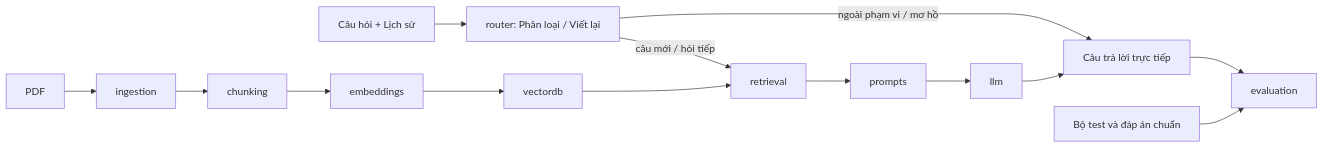
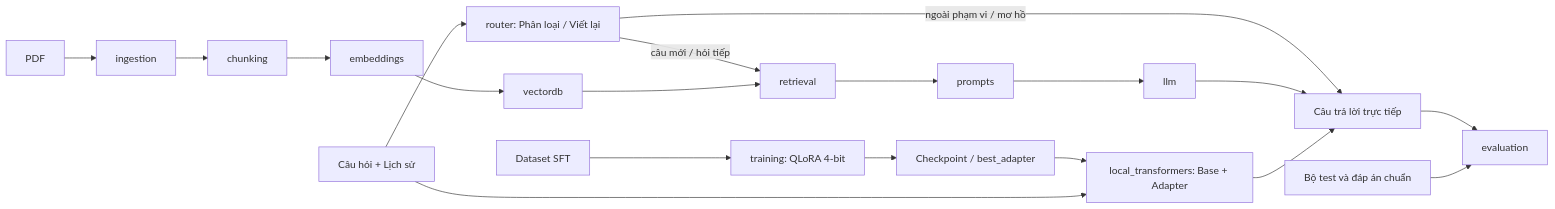
One commit to qtamtensor05/ViGovBot changed the diagram in docs/architecture/architecture.md. Above: the diagram before and after it, drawn with Mermaid. The commit also changed other lines of this file and 77 other files, not shown here.

````diff
--- a/docs/architecture/architecture.md
+++ b/docs/architecture/architecture.md
@@ -12,11 +12,15 @@
 ```mermaid
 flowchart LR
     PDF --> ingestion --> chunking --> embeddings --> vectordb
     question[Câu hỏi + Lịch sử] --> router[router: Phân loại / Viết lại]
     router -->|ngoài phạm vi / mơ hồ| answer[Câu trả lời trực tiếp]
     router -->|câu mới / hỏi tiếp| retrieval
     vectordb --> retrieval --> prompts --> llm
     llm --> answer
     answer --> evaluation
     dataset[Bộ test và đáp án chuẩn] --> evaluation
+    sft[Dataset SFT] --> training[training: QLoRA 4-bit]
+    training --> checkpoint[Checkpoint / best_adapter]
+    checkpoint --> local[local_transformers: Base + Adapter]
+    question --> local --> answer
 ```
````
